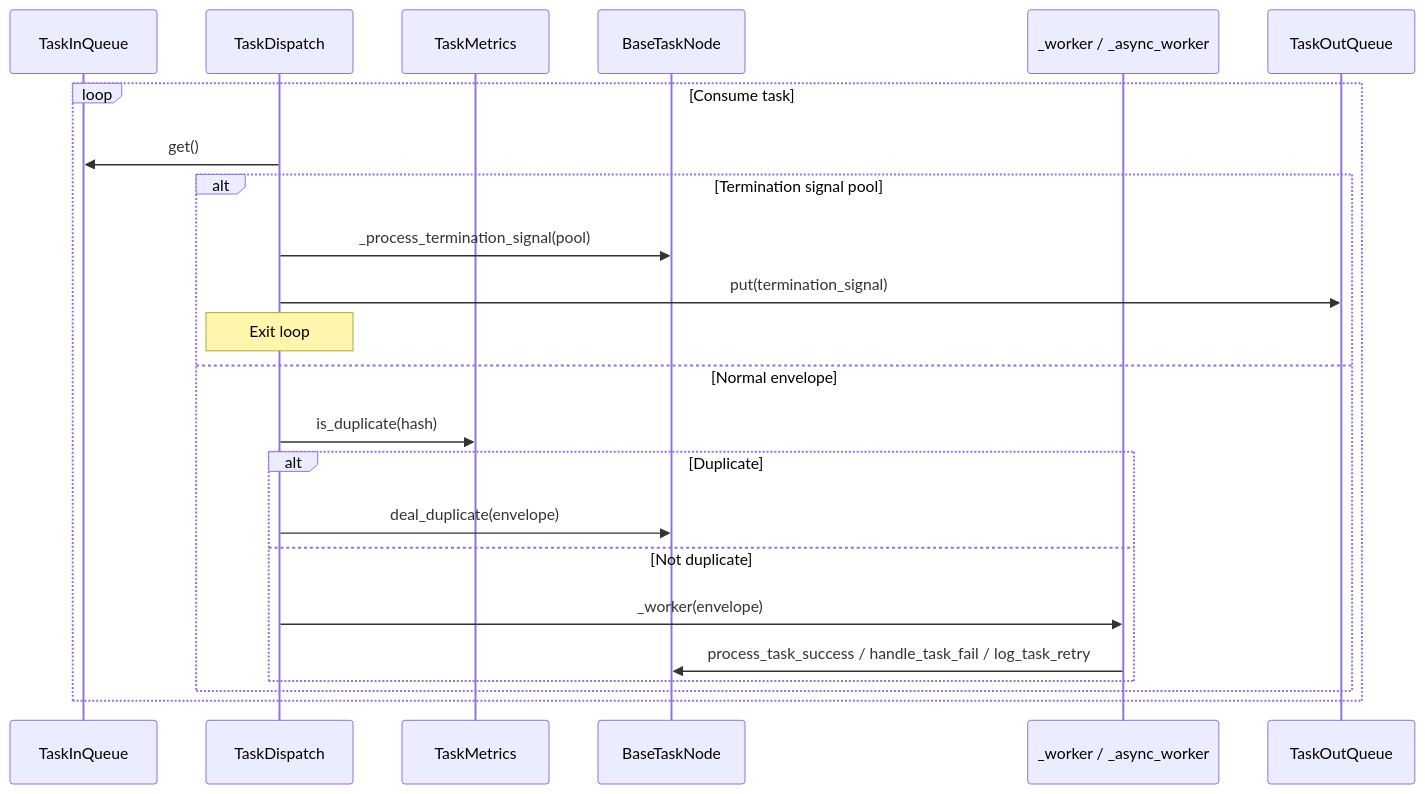
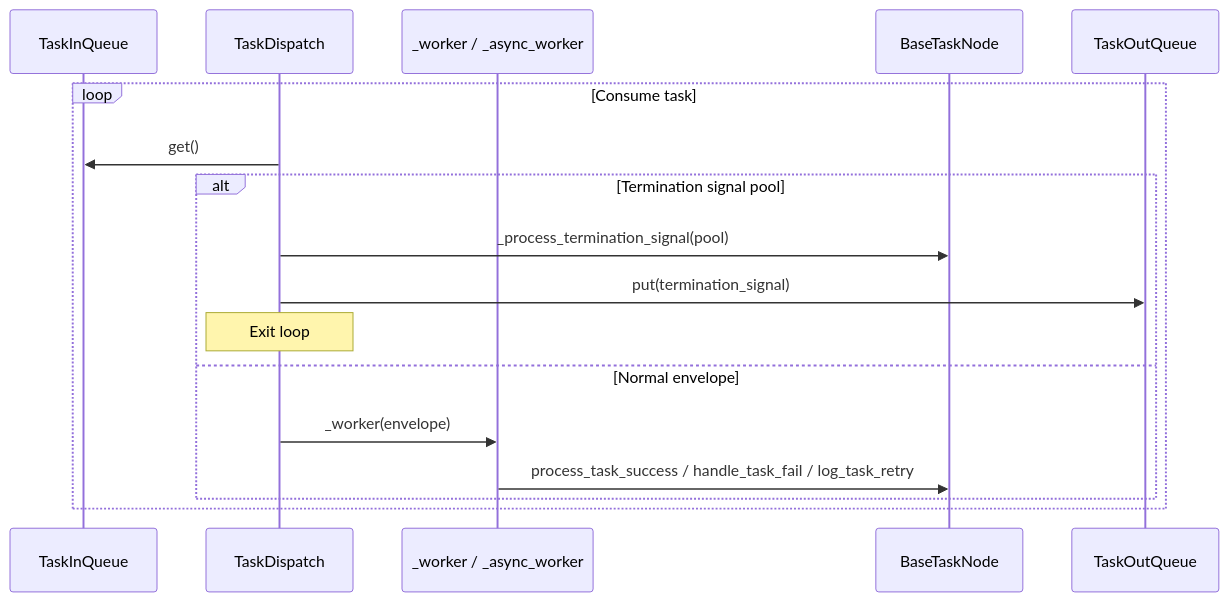
Before and after one commit to Mr-xiaotian/CelestialFlow: the first of 2 diagrams in docs/en/src/node/core_dispatch.md, drawn with Mermaid. The commit also changed other lines of this file and 211 other files, not shown here.

````diff
--- a/docs/en/src/node/core_dispatch.md
+++ b/docs/en/src/node/core_dispatch.md
@@ -121,26 +112,20 @@
 ```mermaid
 sequenceDiagram
     participant Q as TaskInQueue
     participant D as TaskDispatch
-    participant M as TaskMetrics
+    participant W as _worker / _async_worker
     participant N as BaseTaskNode
-    participant W as _worker / _async_worker
     participant R as TaskOutQueue
 
     loop Consume task
         D->>Q: get()
         alt Termination signal pool
             D->>N: _process_termination_signal(pool)
             D->>R: put(termination_signal)
             Note over D: Exit loop
         else Normal envelope
-            D->>M: is_duplicate(hash)
-            alt Duplicate
-                D->>N: deal_duplicate(envelope)
-            else Not duplicate
-                D->>W: _worker(envelope)
-                W->>N: process_task_success / handle_task_fail / log_task_retry
-            end
+            D->>W: _worker(envelope)
+            W->>N: process_task_success / handle_task_fail / log_task_retry
         end
     end
 ```
````
